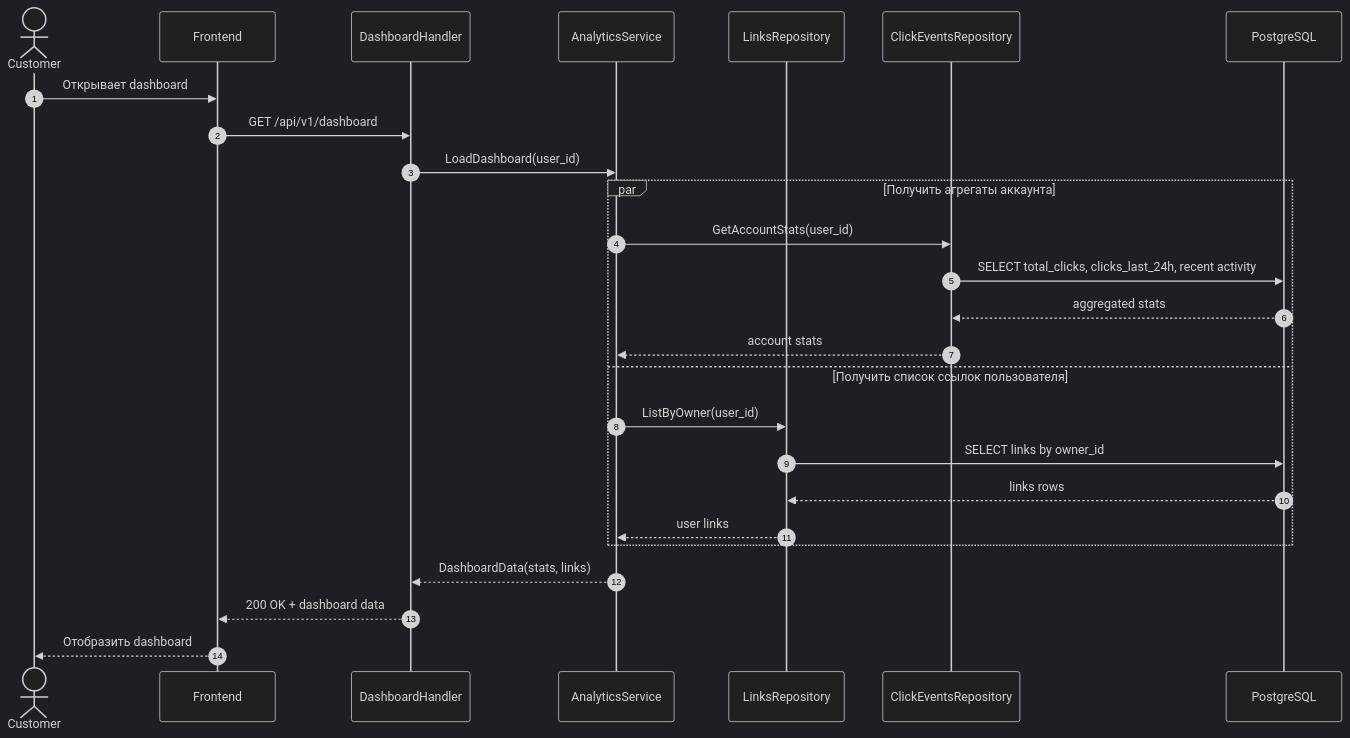
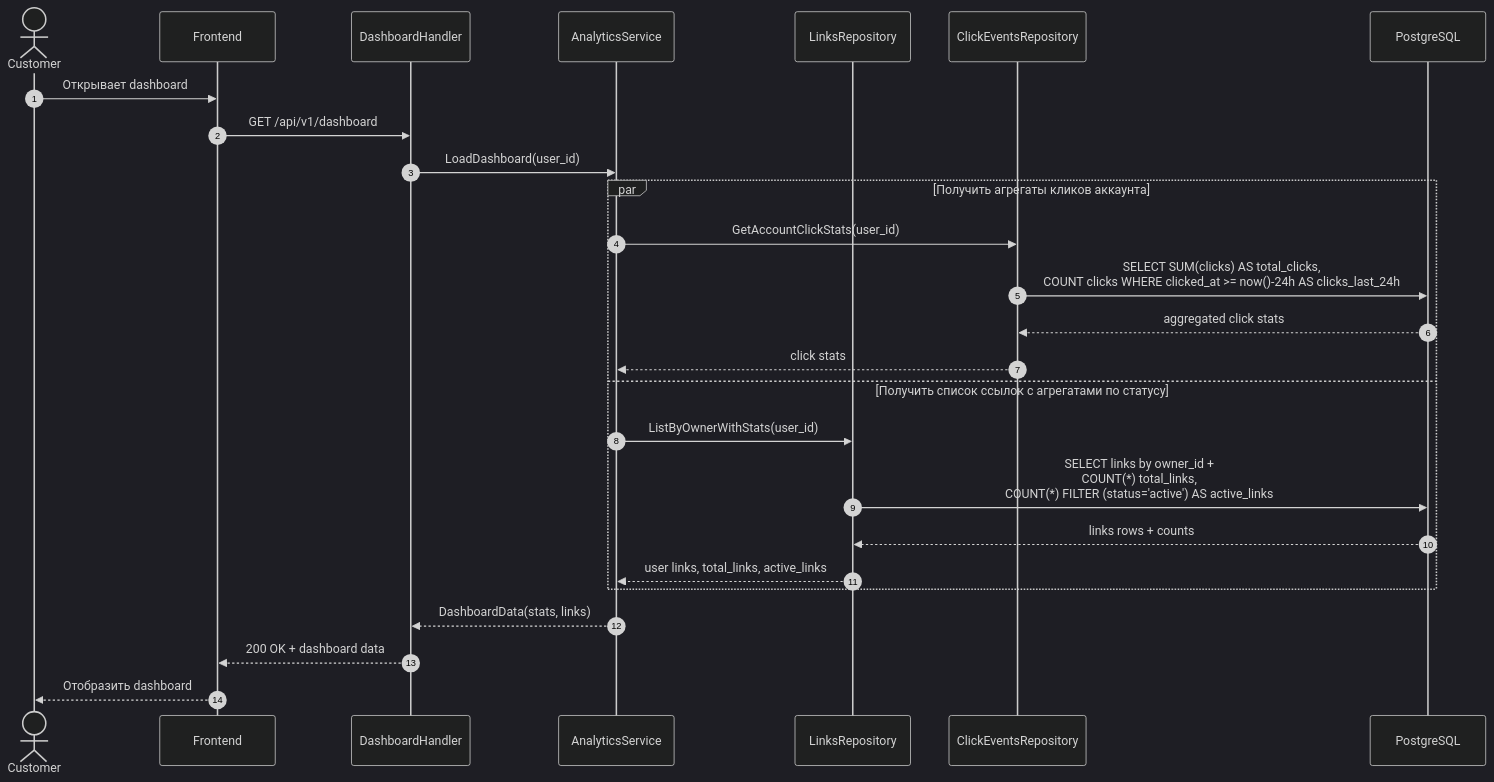
One commit to k3llone/TrackLink changed the diagram in docs/Sequence/SD-15.md. Above: the diagram before and after it, drawn with Mermaid (dark theme). The commit also changed 7 other files, not shown here.

````diff
--- a/docs/Sequence/SD-15.md
+++ b/docs/Sequence/SD-15.md
@@ -3,33 +3,33 @@
 ```mermaid
 sequenceDiagram
     autonumber
 
     actor Customer
     participant FE as Frontend
     participant DH as DashboardHandler
     participant AS as AnalyticsService
     participant LR as LinksRepository
     participant CR as ClickEventsRepository
     participant DB as PostgreSQL
 
     Customer->>FE: Открывает dashboard
     FE->>DH: GET /api/v1/dashboard
 
     DH->>AS: LoadDashboard(user_id)
 
-    par Получить агрегаты аккаунта
-        AS->>CR: GetAccountStats(user_id)
-        CR->>DB: SELECT total_clicks, clicks_last_24h, recent activity
-        DB-->>CR: aggregated stats
-        CR-->>AS: account stats
-    and Получить список ссылок пользователя
-        AS->>LR: ListByOwner(user_id)
-        LR->>DB: SELECT links by owner_id
-        DB-->>LR: links rows
-        LR-->>AS: user links
+    par Получить агрегаты кликов аккаунта
+        AS->>CR: GetAccountClickStats(user_id)
+        CR->>DB: SELECT SUM(clicks) AS total_clicks,<br/>COUNT clicks WHERE clicked_at >= now()-24h AS clicks_last_24h
+        DB-->>CR: aggregated click stats
+        CR-->>AS: click stats
+    and Получить список ссылок с агрегатами по статусу
+        AS->>LR: ListByOwnerWithStats(user_id)
+        LR->>DB: SELECT links by owner_id +<br/>COUNT(*) total_links,<br/>COUNT(*) FILTER (status='active') AS active_links
+        DB-->>LR: links rows + counts
+        LR-->>AS: user links, total_links, active_links
     end
 
     AS-->>DH: DashboardData(stats, links)
     DH-->>FE: 200 OK + dashboard data
     FE-->>Customer: Отобразить dashboard
 ```
````
